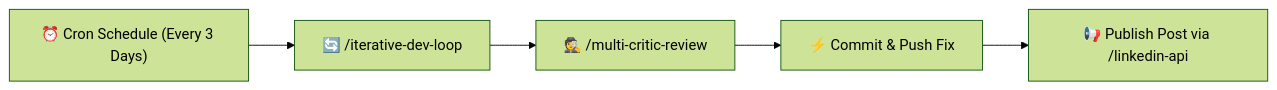
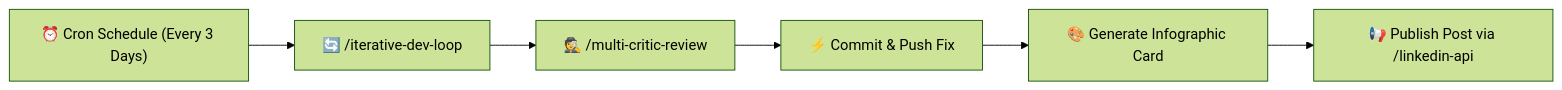
The second of 2 diagrams in LINKEDIN_10_POSTS_ROADMAP.md (Asm-o-Dan/DrugsEngine), drawn with Mermaid (forest theme) before and after one commit. The commit also changed other lines of this file, not shown here.

Commit message:
Update roadmap status: Post #2 Published

````diff
--- a/LINKEDIN_10_POSTS_ROADMAP.md
+++ b/LINKEDIN_10_POSTS_ROADMAP.md
@@ -161,7 +188,8 @@
 ```mermaid
 flowchart LR
     Schedule["⏰ Cron Schedule (Every 3 Days)"] --> Loop["🔄 /iterative-dev-loop"]
     Loop --> Critic["🕵️ /multi-critic-review"]
     Critic --> Fix["⚡ Commit & Push Fix"]
-    Fix --> LinkedIn["📢 Publish Post via /linkedin-api"]
+    Fix --> Image["🎨 Generate Infographic Card"]
+    Image --> LinkedIn["📢 Publish Post via /linkedin-api"]
 ```
````
